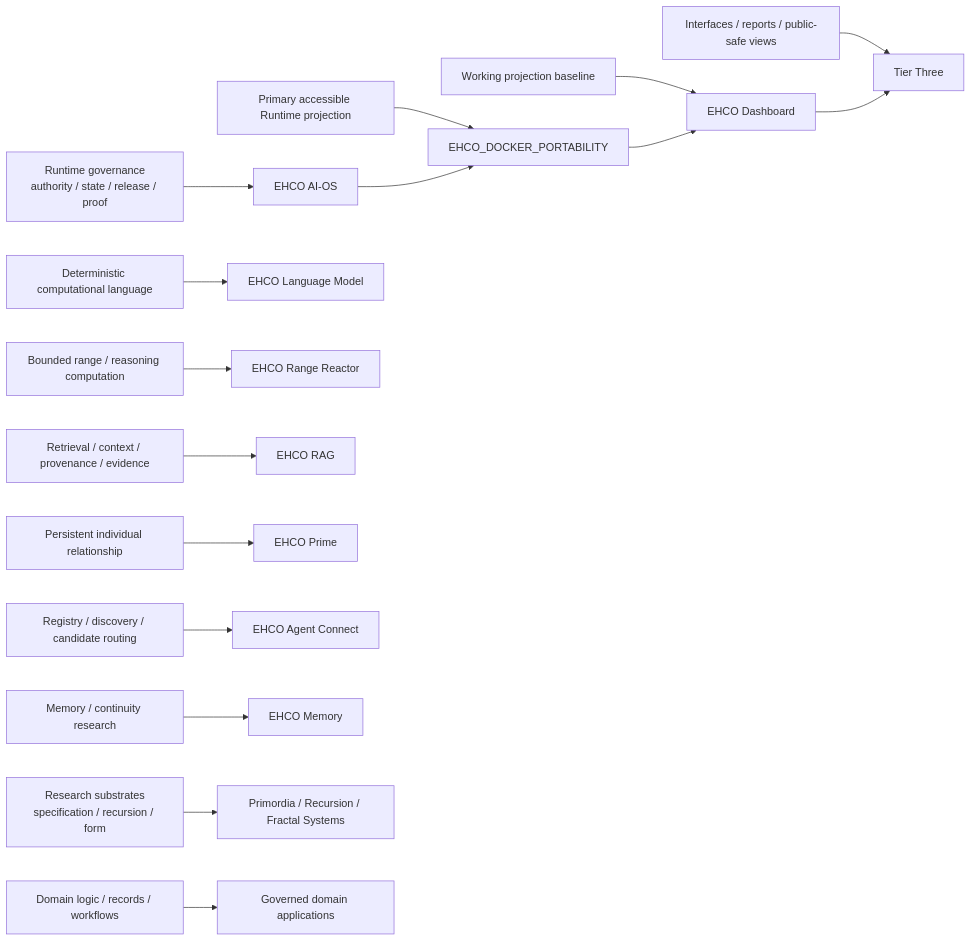
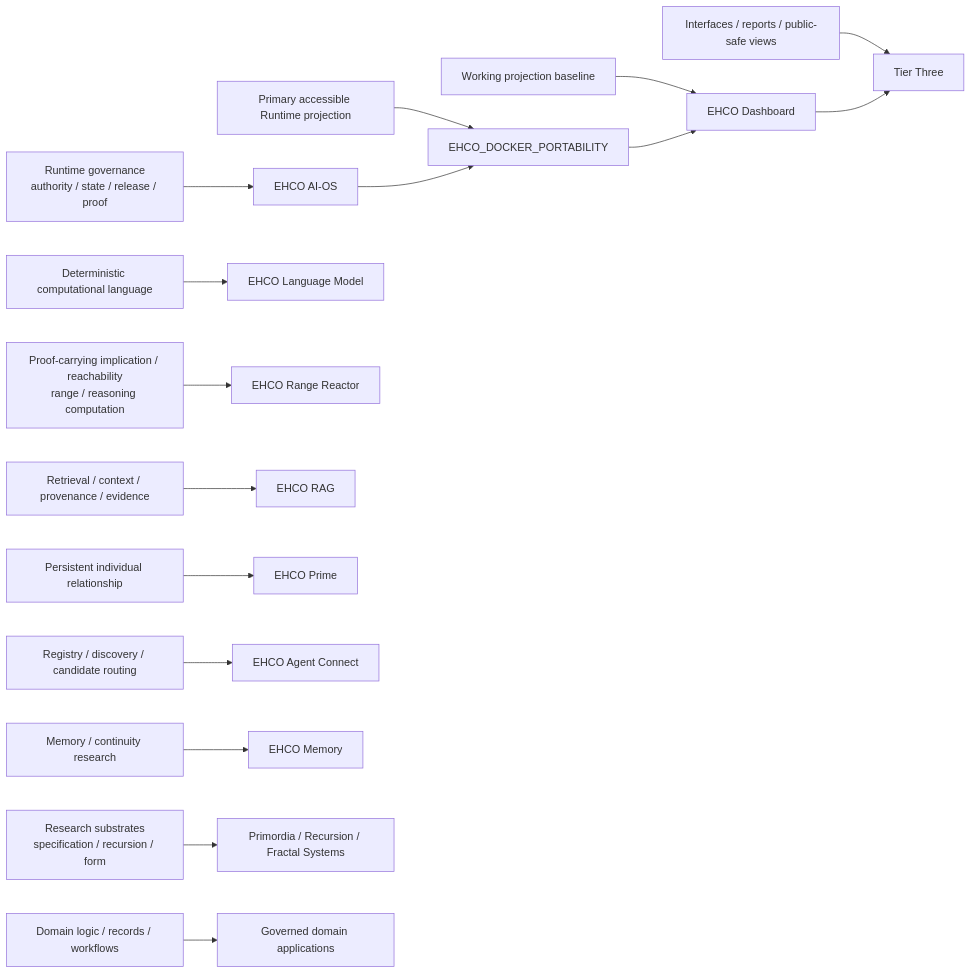
Before and after one commit to EHCOnomics-Systems/EHCOsystem: the second of 4 diagrams in architecture/diagrams/README.md, drawn with Mermaid. The commit also changed other lines of this file and 15 other files, not shown here.

Commit message:
Add Range Reactor public capability and evidence route

````diff
--- a/architecture/diagrams/README.md
+++ b/architecture/diagrams/README.md
@@ -45,19 +45,19 @@
 ```mermaid
 flowchart LR
     R[Runtime governance<br/>authority / state / release / proof] --> AIOS[EHCO AI-OS]
     RP[Primary accessible Runtime projection] --> DP[EHCO_DOCKER_PORTABILITY]
     V[Working projection baseline] --> DASH[EHCO Dashboard]
     L[Deterministic computational language] --> LM[EHCO Language Model]
-    Q[Bounded range / reasoning computation] --> RR[EHCO Range Reactor]
+    Q[Proof-carrying implication / reachability<br/>range / reasoning computation] --> RR[EHCO Range Reactor]
     E[Retrieval / context / provenance / evidence] --> RAG[EHCO RAG]
     P[Persistent individual relationship] --> PRIME[EHCO Prime]
     C[Registry / discovery / candidate routing] --> AC[EHCO Agent Connect]
     M[Memory / continuity research] --> MEM[EHCO Memory]
     RF[Research substrates<br/>specification / recursion / form] --> RES[Primordia / Recursion / Fractal Systems]
     DA[Domain logic / records / workflows] --> APPS[Governed domain applications]
     T[Interfaces / reports / public-safe views] --> T3[Tier Three]
 
     AIOS --> DP
     DP --> DASH
     DASH --> T3
 ```
````
